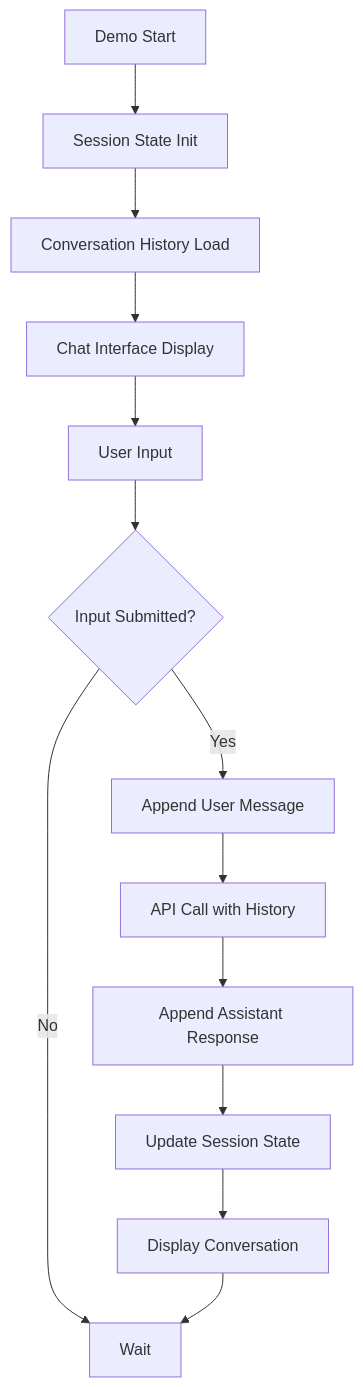
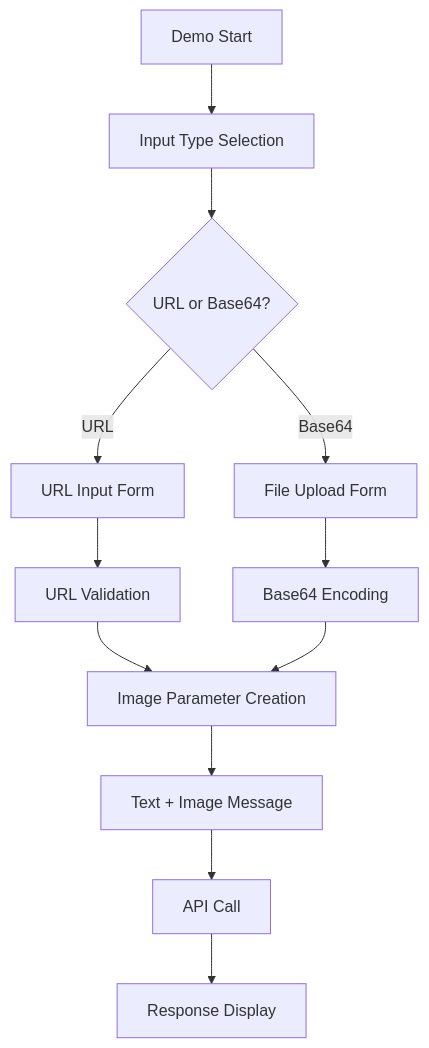
The ninth of 12 diagrams in doc/a00_responses_api.md (nakashima2toshio/anthropic_api_jp), drawn with Mermaid before and after one commit. The commit also changed other lines of this file and 2 other files, not shown here.

````diff
--- a/doc/a00_responses_api.md
+++ b/doc/a00_responses_api.md
@@ -304,15 +382,14 @@
 ```mermaid
 graph TD
-    A["Demo Start"] --> B["Session State Init"]
-    B --> C["Conversation History Load"]
-    C --> D["Chat Interface Display"]
-    D --> E["User Input"]
-    E --> F{"Input Submitted?"}
-    F -->|No| G["Wait"]
-    F -->|Yes| H["Append User Message"]
-    H --> I["API Call with History"]
-    I --> J["Append Assistant Response"]
-    J --> K["Update Session State"]
-    K --> L["Display Conversation"]
-    L --> G
+    A["Demo Start"] --> B["Input Type Selection"]
+    B --> C{"URL or Base64?"}
+    C -->|URL| D["URL Input Form"]
+    C -->|Base64| E["File Upload Form"]
+    D --> F["URL Validation"]
+    E --> G["Base64 Encoding"]
+    F --> H["Image Parameter Creation"]
+    G --> H
+    H --> I["Text + Image Message"]
+    I --> J["API Call"]
+    J --> K["Response Display"]
 ```
````
